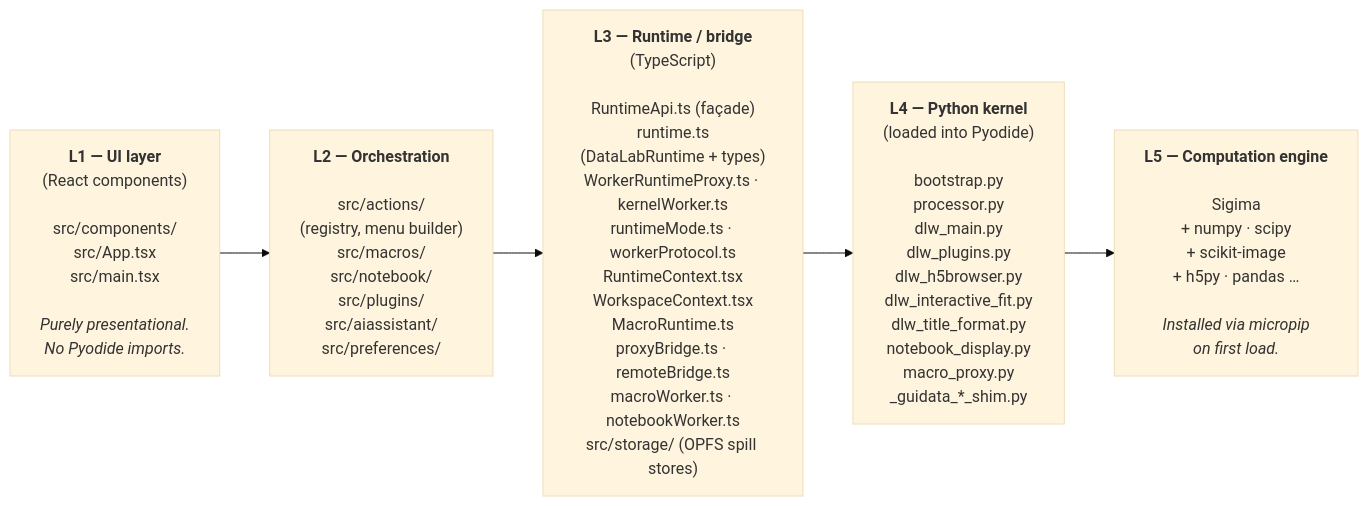
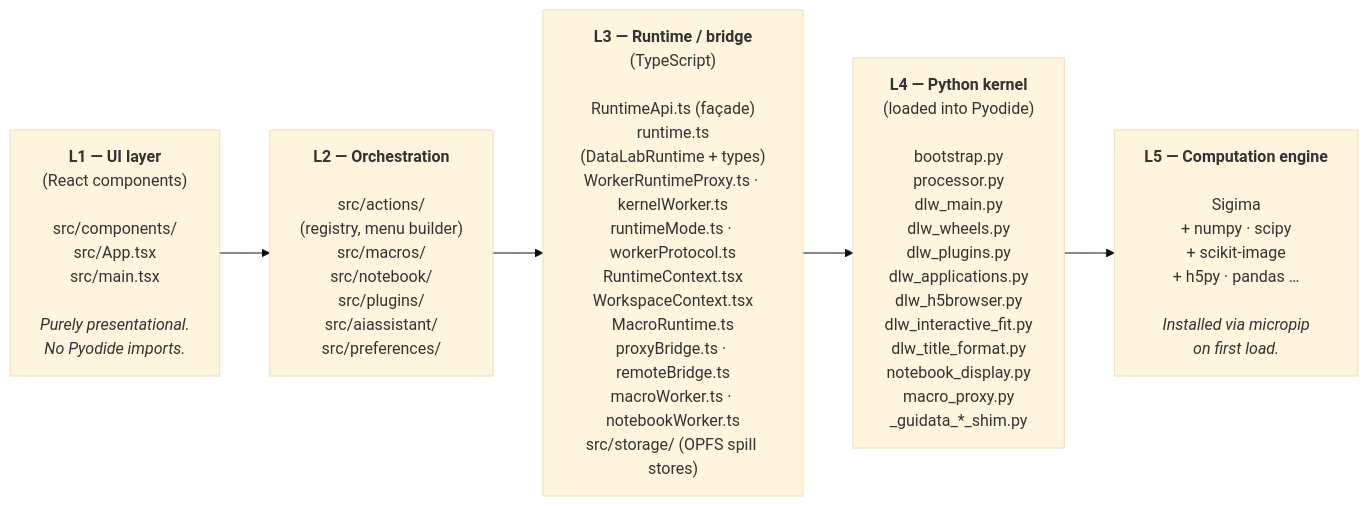
One commit to DataLab-Platform/web changed the second of 8 diagrams in doc/architecture.md. Above: the diagram before and after it, drawn with Mermaid (base theme). The commit also changed other lines of this file and 59 other files, not shown here.

````diff
--- a/doc/architecture.md
+++ b/doc/architecture.md
@@ -82,10 +82,10 @@
 ```mermaid
 flowchart LR
     L1["<b>L1 — UI layer</b><br/>(React components)<br/><br/>src/components/<br/>src/App.tsx<br/>src/main.tsx<br/><br/><i>Purely presentational.<br/>No Pyodide imports.</i>"]
     L2["<b>L2 — Orchestration</b><br/><br/>src/actions/<br/>(registry, menu builder)<br/>src/macros/<br/>src/notebook/<br/>src/plugins/<br/>src/aiassistant/<br/>src/preferences/"]
     L3["<b>L3 — Runtime / bridge</b><br/>(TypeScript)<br/><br/>RuntimeApi.ts (façade)<br/>runtime.ts<br/>(DataLabRuntime + types)<br/>WorkerRuntimeProxy.ts · kernelWorker.ts<br/>runtimeMode.ts · workerProtocol.ts<br/>RuntimeContext.tsx<br/>WorkspaceContext.tsx<br/>MacroRuntime.ts<br/>proxyBridge.ts · remoteBridge.ts<br/>macroWorker.ts · notebookWorker.ts<br/>src/storage/ (OPFS spill stores)"]
-    L4["<b>L4 — Python kernel</b><br/>(loaded into Pyodide)<br/><br/>bootstrap.py<br/>processor.py<br/>dlw_main.py<br/>dlw_plugins.py<br/>dlw_h5browser.py<br/>dlw_interactive_fit.py<br/>dlw_title_format.py<br/>notebook_display.py<br/>macro_proxy.py<br/>_guidata_*_shim.py"]
+    L4["<b>L4 — Python kernel</b><br/>(loaded into Pyodide)<br/><br/>bootstrap.py<br/>processor.py<br/>dlw_main.py<br/>dlw_wheels.py<br/>dlw_plugins.py<br/>dlw_applications.py<br/>dlw_h5browser.py<br/>dlw_interactive_fit.py<br/>dlw_title_format.py<br/>notebook_display.py<br/>macro_proxy.py<br/>_guidata_*_shim.py"]
     L5["<b>L5 — Computation engine</b><br/><br/>Sigima<br/>+ numpy · scipy<br/>+ scikit-image<br/>+ h5py · pandas …<br/><br/><i>Installed via micropip<br/>on first load.</i>"]
 
     L1 --> L2 --> L3 --> L4 --> L5
 ```
````
